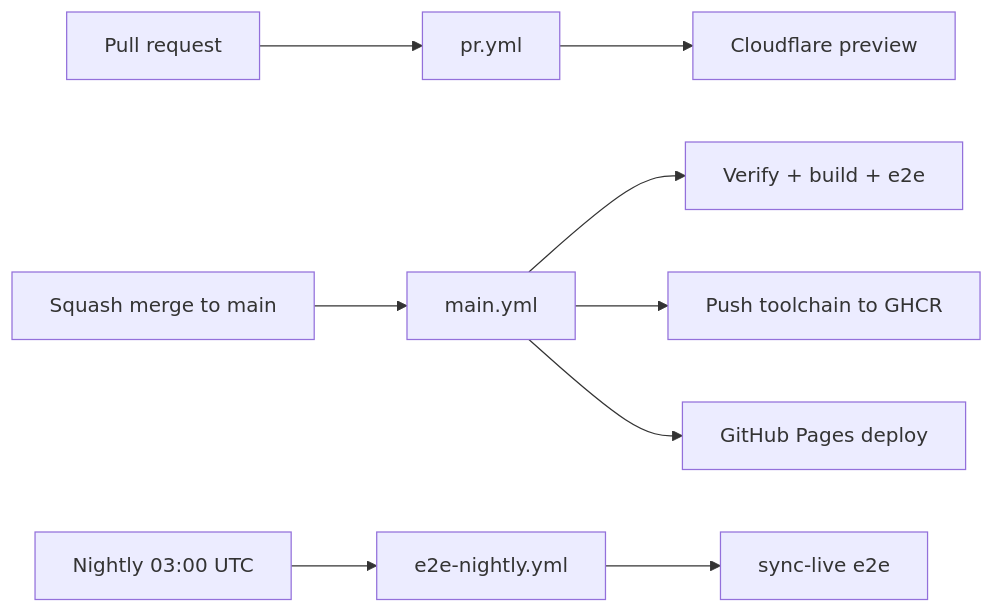
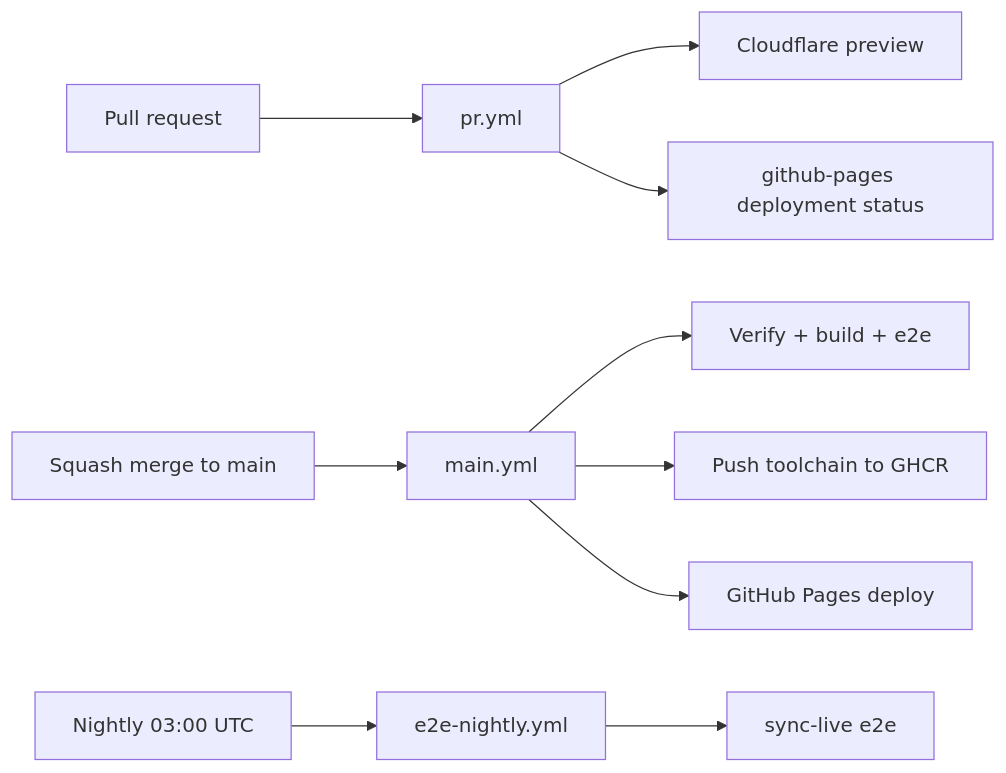
One commit to meta-secret/nook changed the diagram in .cortex/workflows/ci-pipeline.md. Above: the diagram before and after it, drawn with Mermaid. The commit also changed other lines of this file and 3 other files, not shown here.

````diff
--- a/.cortex/workflows/ci-pipeline.md
+++ b/.cortex/workflows/ci-pipeline.md
@@ -14,13 +14,14 @@
 ```mermaid
 flowchart LR
   PR[Pull request] --> pr_yml[pr.yml]
   pr_yml --> preview[Cloudflare preview]
+  pr_yml --> pr_deployment[github-pages deployment status]
 
   merge[Squash merge to main] --> main_yml[main.yml]
   main_yml --> main_verify[Verify + build + e2e]
   main_yml --> toolchain_push[Push toolchain to GHCR]
   main_yml --> pages[GitHub Pages deploy]
 
   cron[Nightly 03:00 UTC] --> nightly[e2e-nightly.yml]
   nightly --> e2e_live[sync-live e2e]
 ```
````
